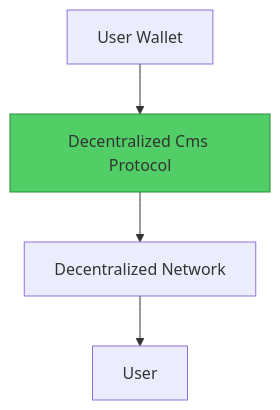
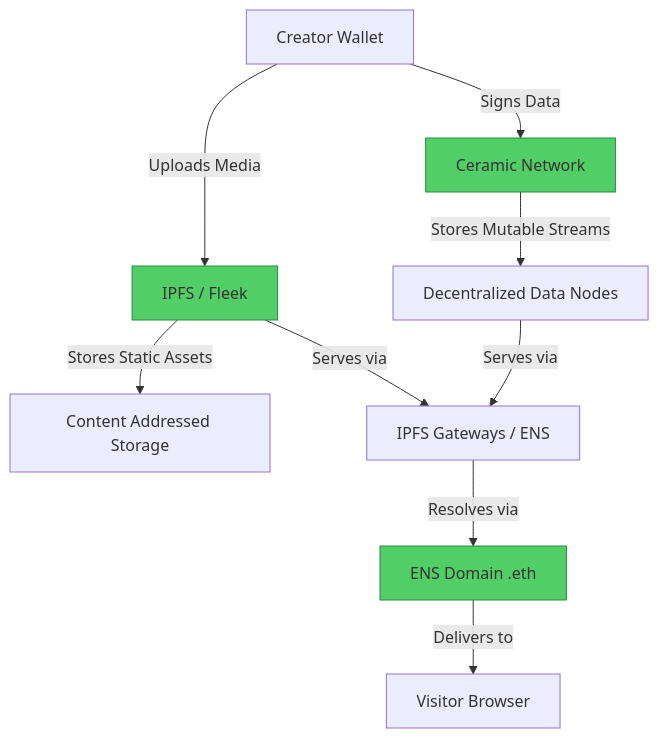
One commit to Elvatar2/Web2-To-Web3-Migration-Guide changed the second of 2 diagrams in 04-publishing/03-wordpress-to-decentralized-cms.md. Above: the diagram before and after it, drawn with Mermaid. The commit also changed other lines of this file, not shown here.

````diff
--- a/04-publishing/03-wordpress-to-decentralized-cms.md
+++ b/04-publishing/03-wordpress-to-decentralized-cms.md
@@ -63,8 +78,14 @@
 ```mermaid
 graph TB
-    A[User Wallet] --> B[Decentralized Cms Protocol]
-    B --> C[Decentralized Network]
-    C --> D[User]
+    A[Creator Wallet] -->|Signs Data| B[Ceramic Network]
+    B -->|Stores Mutable Streams| C[Decentralized Data Nodes]
+    A -->|Uploads Media| D[IPFS / Fleek]
+    D -->|Stores Static Assets| E[Content Addressed Storage]
+    C & D -->|Serves via| F[IPFS Gateways / ENS]
+    F -->|Resolves via| G[ENS Domain .eth]
+    G -->|Delivers to| H[Visitor Browser]
 
     style B fill:#51cf66,stroke:#2b8a3e
+    style D fill:#51cf66,stroke:#2b8a3e
+    style G fill:#51cf66,stroke:#2b8a3e
 ```
````
